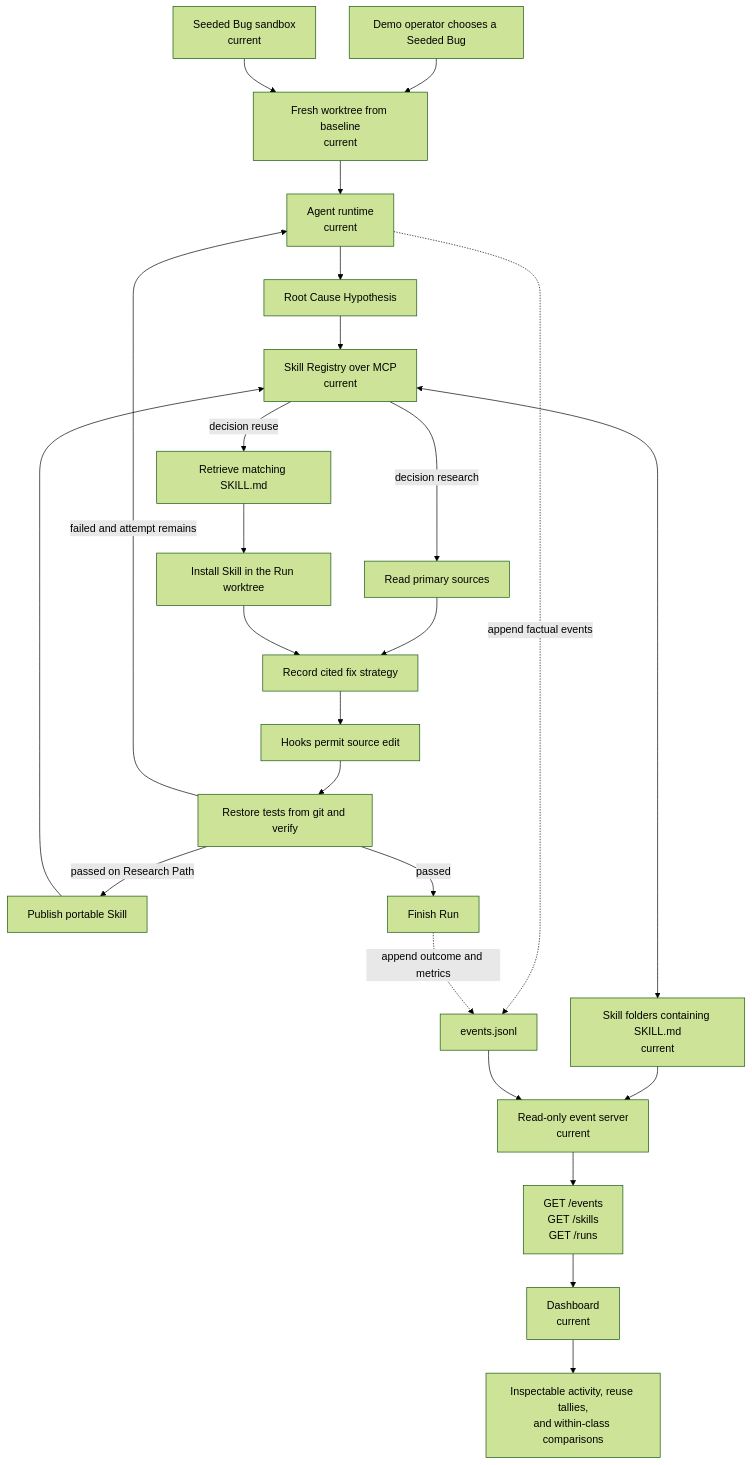
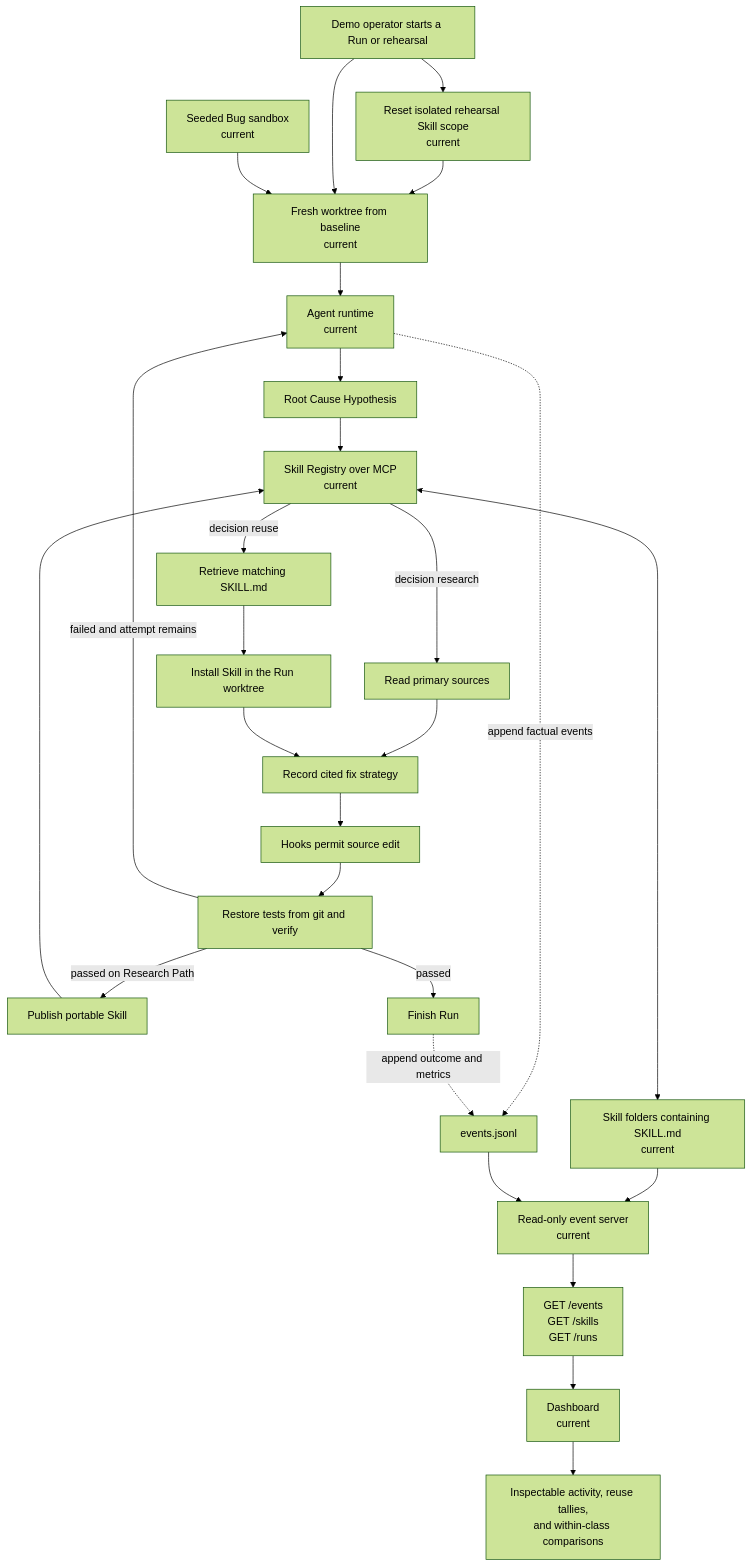
Before and after one commit to arnv15/Kintsugi: the second of 3 diagrams in docs/architecture/README.md, drawn with Mermaid (forest theme). The commit also changed other lines of this file and 19 other files, not shown here.

````diff
--- a/docs/architecture/README.md
+++ b/docs/architecture/README.md
@@ -85,30 +85,32 @@
 ```mermaid
 flowchart TD
-  operator["Demo operator chooses a Seeded Bug"] --> worktree["Fresh worktree from baseline<br/>current"]
+  operator["Demo operator starts a Run or rehearsal"] --> scope["Reset isolated rehearsal Skill scope<br/>current"]
+  scope --> worktree["Fresh worktree from baseline<br/>current"]
+  operator --> worktree
   sandbox["Seeded Bug sandbox<br/>current"] --> worktree
   worktree --> agent["Agent runtime<br/>current"]
   agent --> hypothesis["Root Cause Hypothesis"]
   hypothesis --> registry["Skill Registry over MCP<br/>current"]
 
   registry -->|decision research| research["Read primary sources"]
   registry -->|decision reuse| retrieved["Retrieve matching SKILL.md"]
   research --> strategy["Record cited fix strategy"]
   retrieved --> install["Install Skill in the Run worktree"]
   install --> strategy
 
   strategy --> edit["Hooks permit source edit"]
   edit --> verify["Restore tests from git and verify"]
   verify -->|failed and attempt remains| agent
   verify -->|passed on Research Path| publish["Publish portable Skill"]
   publish --> registry
   verify -->|passed| finish["Finish Run"]
 
   agent -. "append factual events" .-> log["events.jsonl"]
   finish -. "append outcome and metrics" .-> log
   registry <--> store["Skill folders containing SKILL.md<br/>current"]
   store --> eventServer["Read-only event server<br/>current"]
   log --> eventServer
   eventServer --> endpoints["GET /events<br/>GET /skills<br/>GET /runs"]
   endpoints --> dashboard["Dashboard<br/>current"]
   dashboard --> audience["Inspectable activity, reuse tallies,<br/>and within-class comparisons"]
 ```
````
